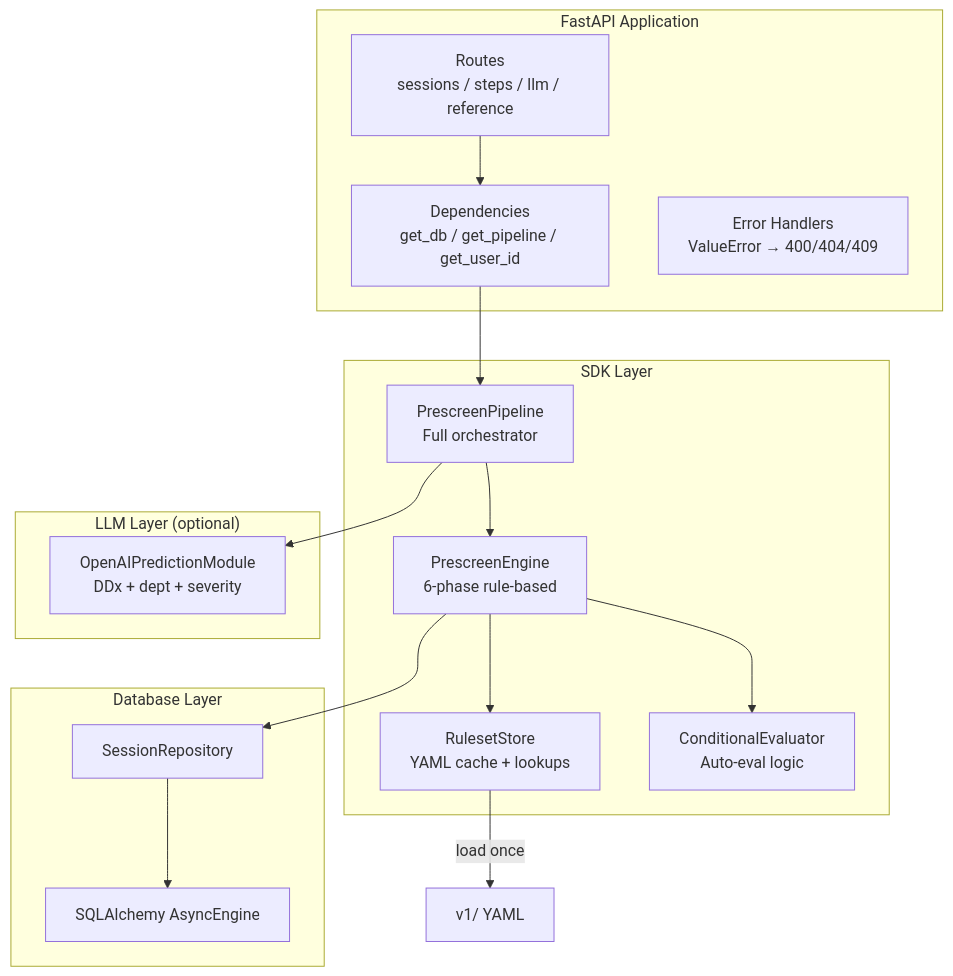
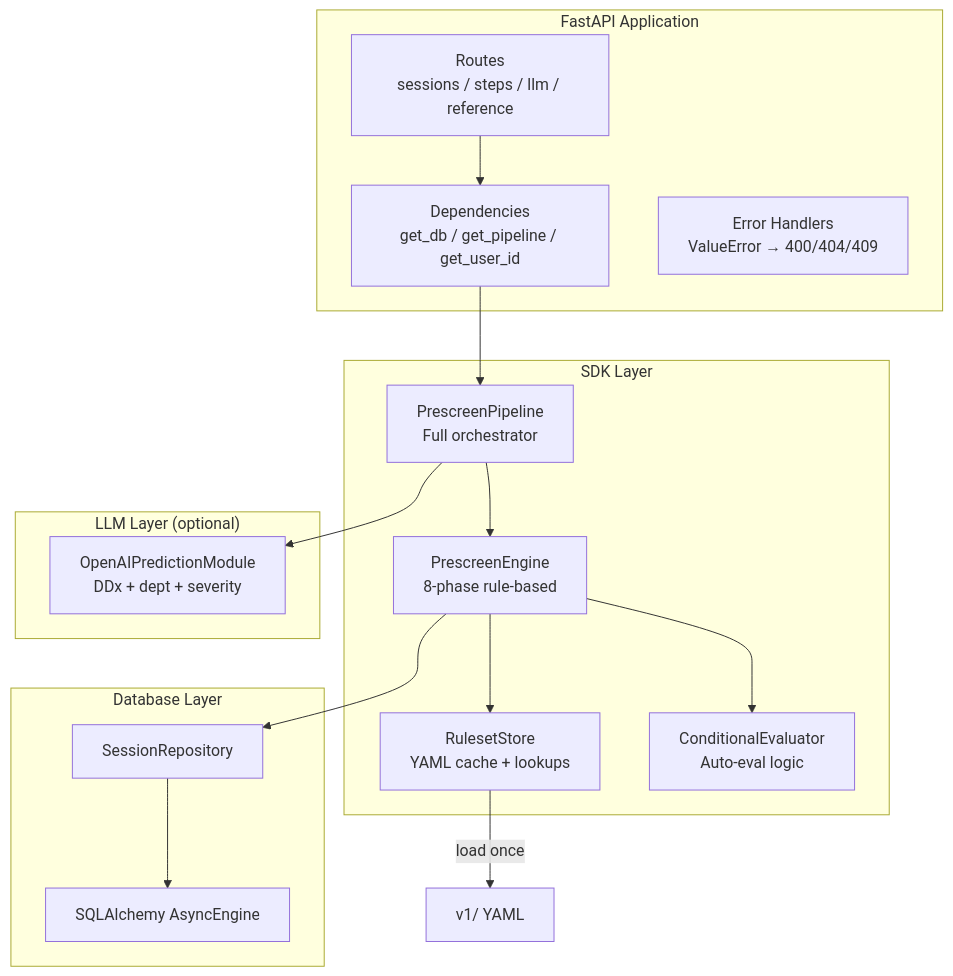
The second of 3 diagrams in src/prescreen_server/docs/architecture.md (vistec-AI/thaillm-prescreen-rulesets), drawn with Mermaid before and after one commit. The commit also changed 8 other files, not shown here.

````diff
--- a/src/prescreen_server/docs/architecture.md
+++ b/src/prescreen_server/docs/architecture.md
@@ -21,34 +21,34 @@
 ```mermaid
 graph TB
     subgraph "FastAPI Application"
         Routes[Routes<br/>sessions / steps / llm / reference]
         Deps[Dependencies<br/>get_db / get_pipeline / get_user_id]
         Errors[Error Handlers<br/>ValueError → 400/404/409]
     end
 
     subgraph "SDK Layer"
         Pipeline[PrescreenPipeline<br/>Full orchestrator]
-        Engine[PrescreenEngine<br/>6-phase rule-based]
+        Engine[PrescreenEngine<br/>8-phase rule-based]
         Store[RulesetStore<br/>YAML cache + lookups]
         Evaluator[ConditionalEvaluator<br/>Auto-eval logic]
     end
 
     subgraph "LLM Layer (optional)"
         Predictor[OpenAIPredictionModule<br/>DDx + dept + severity]
     end
 
     subgraph "Database Layer"
         Repo[SessionRepository]
         DBEngine[SQLAlchemy AsyncEngine]
     end
 
     Routes --> Deps
     Deps --> Pipeline
     Pipeline --> Engine
     Pipeline --> Predictor
     Engine --> Store
     Engine --> Evaluator
     Engine --> Repo
     Repo --> DBEngine
     Store -->|load once| YAML[v1/ YAML]
 ```
````
